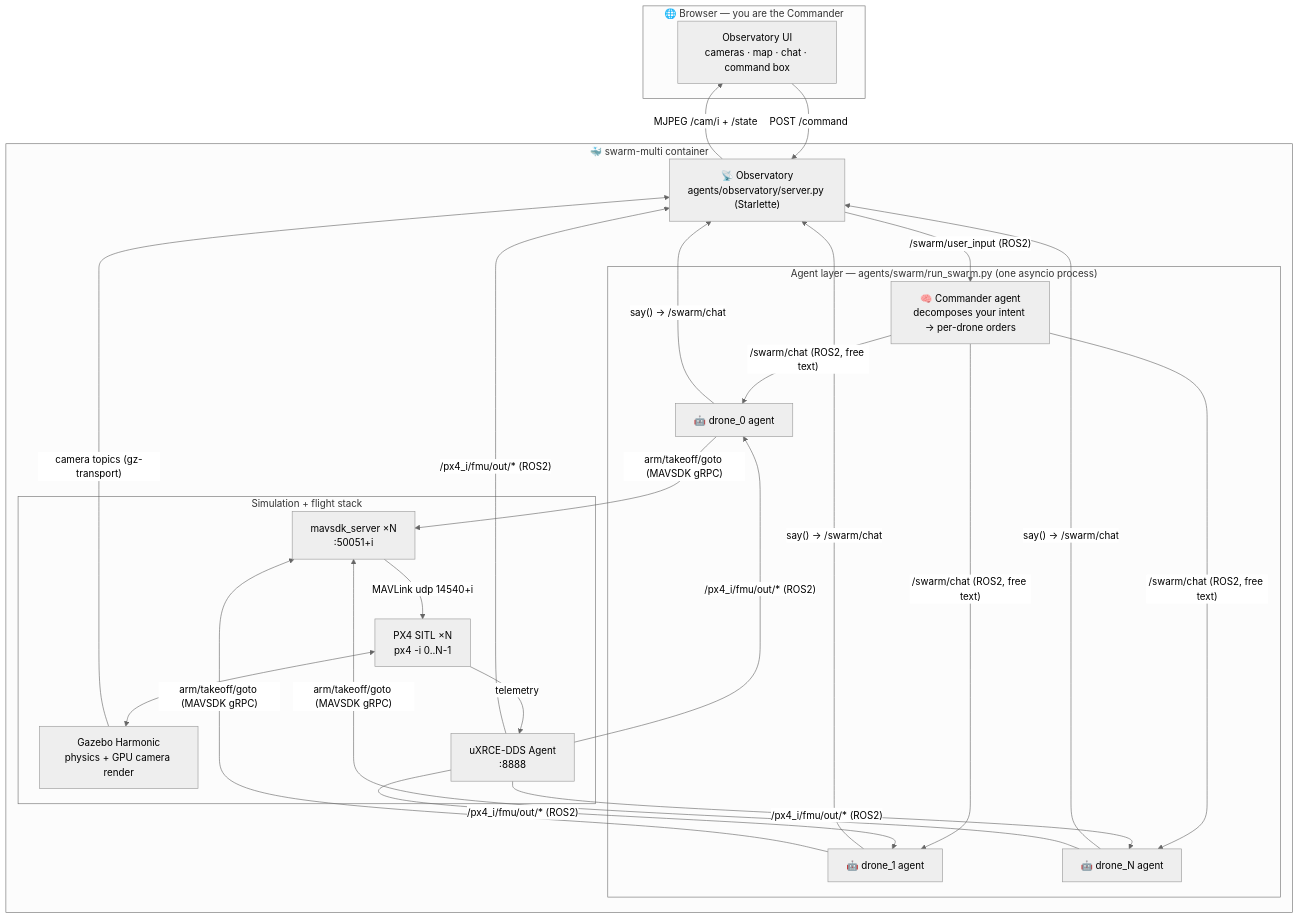
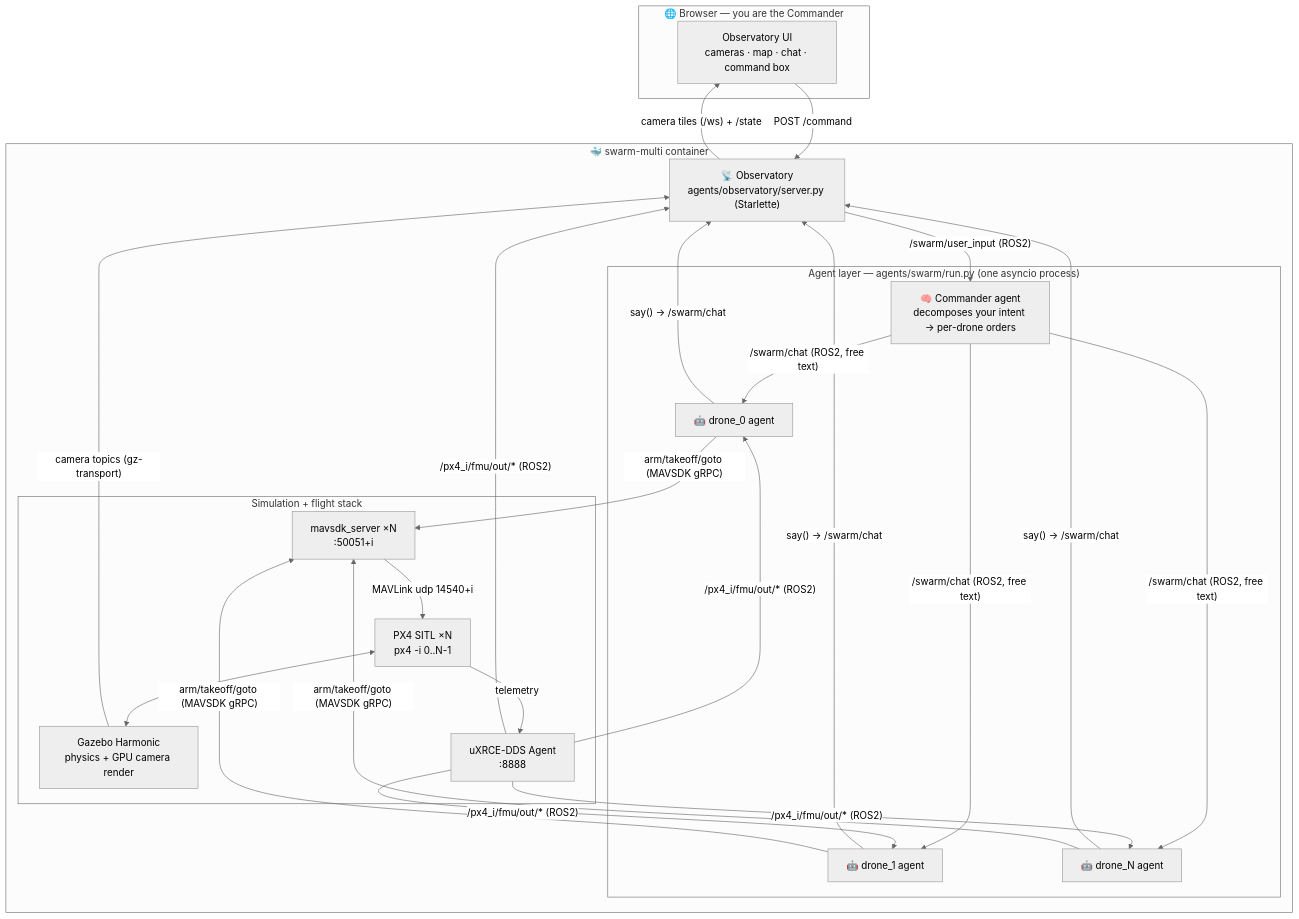
Before and after one commit to jonasbrami/squawd: the second of 2 diagrams in README.md, drawn with Mermaid (neutral theme). The commit also changed other lines of this file and 77 other files, not shown here.

````diff
--- a/README.md
+++ b/README.md
@@ -40,36 +85,36 @@
 ```mermaid
 flowchart TB
     subgraph Browser["🌐 Browser — you are the Commander"]
         UI["Observatory UI<br/>cameras · map · chat · command box"]
     end
 
     subgraph Container["🐳 swarm-multi container"]
-        subgraph Agents["Agent layer — agents/swarm/run_swarm.py (one asyncio process)"]
+        subgraph Agents["Agent layer — agents/swarm/run.py (one asyncio process)"]
             CMD["🧠 Commander agent<br/>decomposes your intent → per-drone orders"]
             D0["🤖 drone_0 agent"]
             D1["🤖 drone_1 agent"]
             D2["🤖 drone_N agent"]
         end
 
         OBS["📡 Observatory<br/>agents/observatory/server.py (Starlette)"]
 
         subgraph Sim["Simulation + flight stack"]
             GZ["Gazebo Harmonic<br/>physics + GPU camera render"]
             PX4["PX4 SITL ×N<br/>px4 -i 0..N-1"]
             XRCE["uXRCE-DDS Agent<br/>:8888"]
             MAV["mavsdk_server ×N<br/>:50051+i"]
         end
     end
 
     UI -- "POST /command" --> OBS
     OBS -- "/swarm/user_input (ROS2)" --> CMD
     CMD -- "/swarm/chat (ROS2, free text)" --> D0 & D1 & D2
     D0 & D1 & D2 -- "say() → /swarm/chat" --> OBS
     D0 & D1 & D2 -- "arm/takeoff/goto (MAVSDK gRPC)" --> MAV
     MAV -- "MAVLink udp 14540+i" --> PX4
     PX4 <--> GZ
     PX4 -- "telemetry" --> XRCE
     XRCE -- "/px4_i/fmu/out/* (ROS2)" --> OBS & D0 & D1 & D2
     GZ -- "camera topics (gz-transport)" --> OBS
-    OBS -- "MJPEG /cam/i + /state" --> UI
+    OBS -- "camera tiles (/ws) + /state" --> UI
 ```
````
